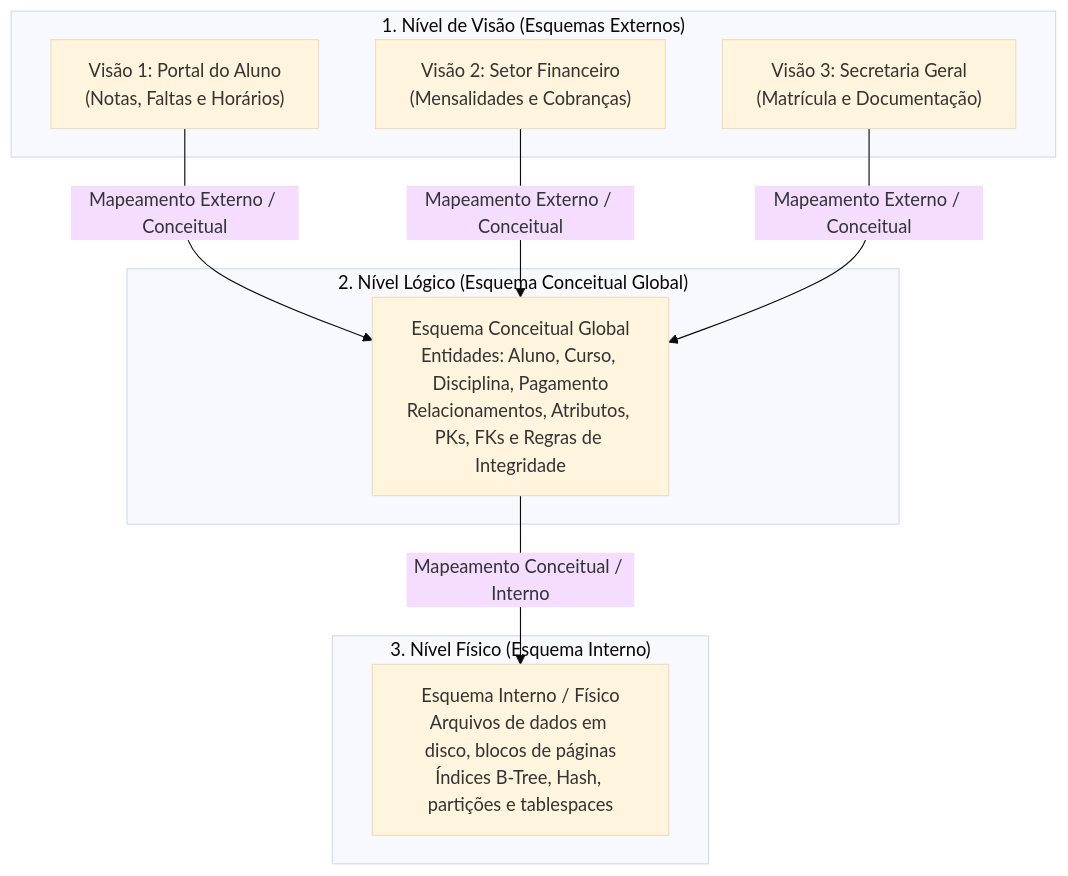
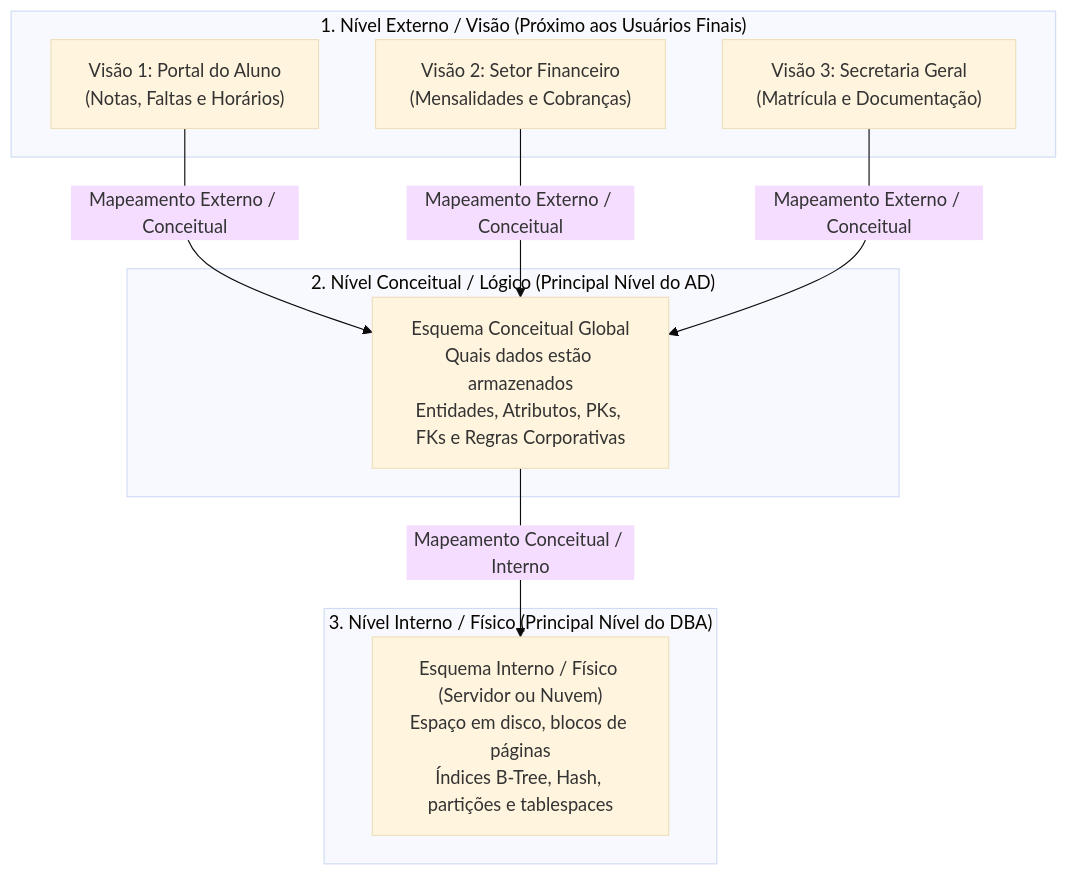
The second of 5 diagrams in 02. Modelagem de Dados/04. Níveis do sgbd e etapas do projeto de banco de dados.md (leorruas/puc), drawn with Mermaid (base theme) before and after one commit. The commit also changed other lines of this file and 1 other file, not shown here.

Commit message:
feat(modelagem-dados): integrate user lecture notes on DBMS levels, data independence examples and requirements stage into article 04

````diff
--- a/02. Modelagem de Dados/04. Níveis do sgbd e etapas do projeto de banco de dados.md
+++ b/02. Modelagem de Dados/04. Níveis do sgbd e etapas do projeto de banco de dados.md
@@ -75,21 +75,21 @@
 ```mermaid
 flowchart TD
-    subgraph SubgraphVisao["1. Nível de Visão (Esquemas Externos)"]
+    subgraph SubgraphVisao["1. Nível Externo / Visão (Próximo aos Usuários Finais)"]
         V1["Visão 1: Portal do Aluno<br>(Notas, Faltas e Horários)"]
         V2["Visão 2: Setor Financeiro<br>(Mensalidades e Cobranças)"]
         V3["Visão 3: Secretaria Geral<br>(Matrícula e Documentação)"]
     end
 
-    subgraph SubgraphLogico["2. Nível Lógico (Esquema Conceitual Global)"]
-        EsquemaConc["Esquema Conceitual Global<br>Entidades: Aluno, Curso, Disciplina, Pagamento<br>Relacionamentos, Atributos, PKs, FKs e Regras de Integridade"]
+    subgraph SubgraphLogico["2. Nível Conceitual / Lógico (Principal Nível do AD)"]
+        EsquemaConc["Esquema Conceitual Global<br>Quais dados estão armazenados<br>Entidades, Atributos, PKs, FKs e Regras Corporativas"]
     end
 
-    subgraph SubgraphFisico["3. Nível Físico (Esquema Interno)"]
-        EsquemaFis["Esquema Interno / Físico<br>Arquivos de dados em disco, blocos de páginas<br>Índices B-Tree, Hash, partições e tablespaces"]
+    subgraph SubgraphFisico["3. Nível Interno / Físico (Principal Nível do DBA)"]
+        EsquemaFis["Esquema Interno / Físico (Servidor ou Nuvem)<br>Espaço em disco, blocos de páginas<br>Índices B-Tree, Hash, partições e tablespaces"]
     end
 
     V1 -->|"Mapeamento Externo / Conceitual"| EsquemaConc
     V2 -->|"Mapeamento Externo / Conceitual"| EsquemaConc
     V3 -->|"Mapeamento Externo / Conceitual"| EsquemaConc
     EsquemaConc -->|"Mapeamento Conceitual / Interno"| EsquemaFis
 ```
````
